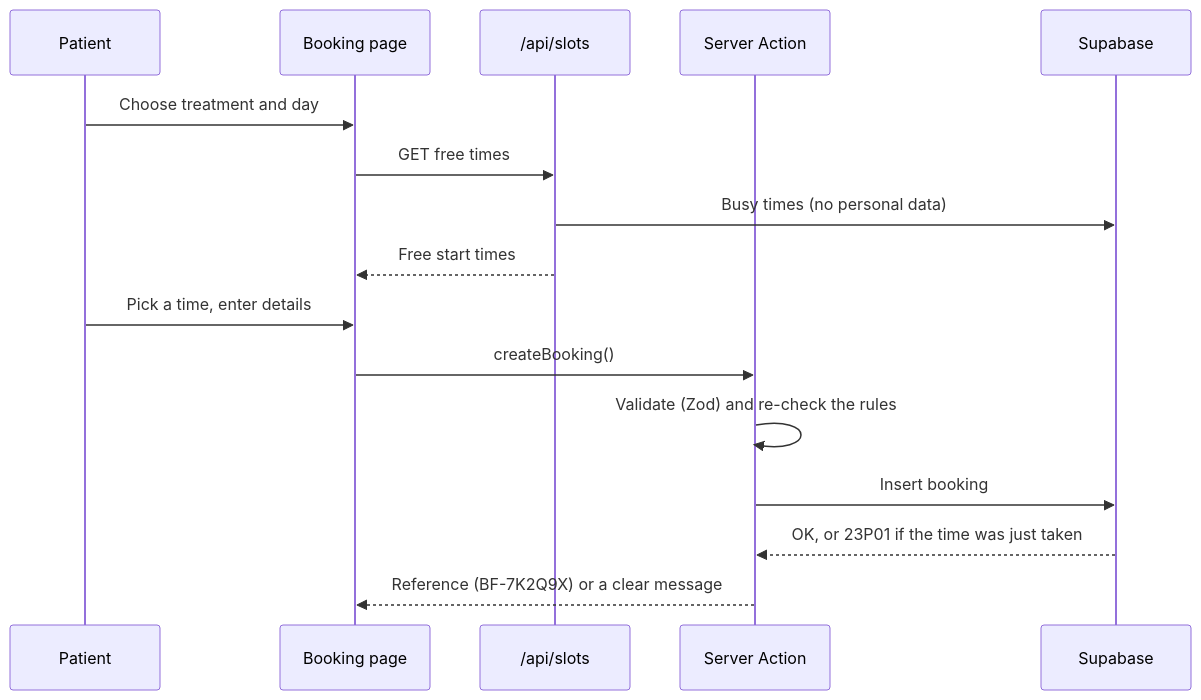
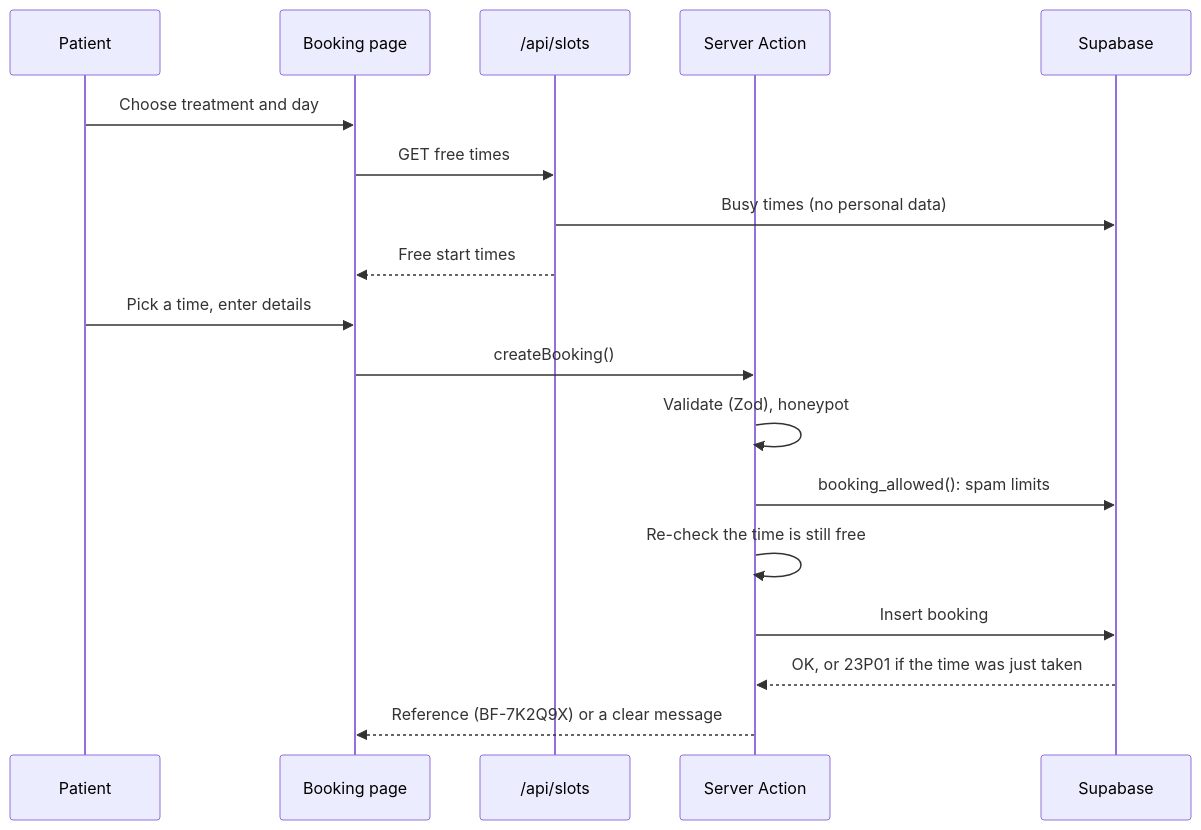
One commit to Zlordxb/saas-landing-page changed the diagram in README.md. Above: the diagram before and after it, drawn with Mermaid. The commit also changed other lines of this file and 46 other files, not shown here.

````diff
--- a/README.md
+++ b/README.md
@@ -86,18 +94,20 @@
 ```mermaid
 sequenceDiagram
   participant P as Patient
   participant UI as Booking page
   participant API as /api/slots
   participant SA as Server Action
   participant DB as Supabase
   P->>UI: Choose treatment and day
   UI->>API: GET free times
   API->>DB: Busy times (no personal data)
   API-->>UI: Free start times
   P->>UI: Pick a time, enter details
   UI->>SA: createBooking()
-  SA->>SA: Validate (Zod) and re-check the rules
+  SA->>SA: Validate (Zod), honeypot
+  SA->>DB: booking_allowed(): spam limits
+  SA->>SA: Re-check the time is still free
   SA->>DB: Insert booking
   DB-->>SA: OK, or 23P01 if the time was just taken
   SA-->>UI: Reference (BF-7K2Q9X) or a clear message
 ```
````
